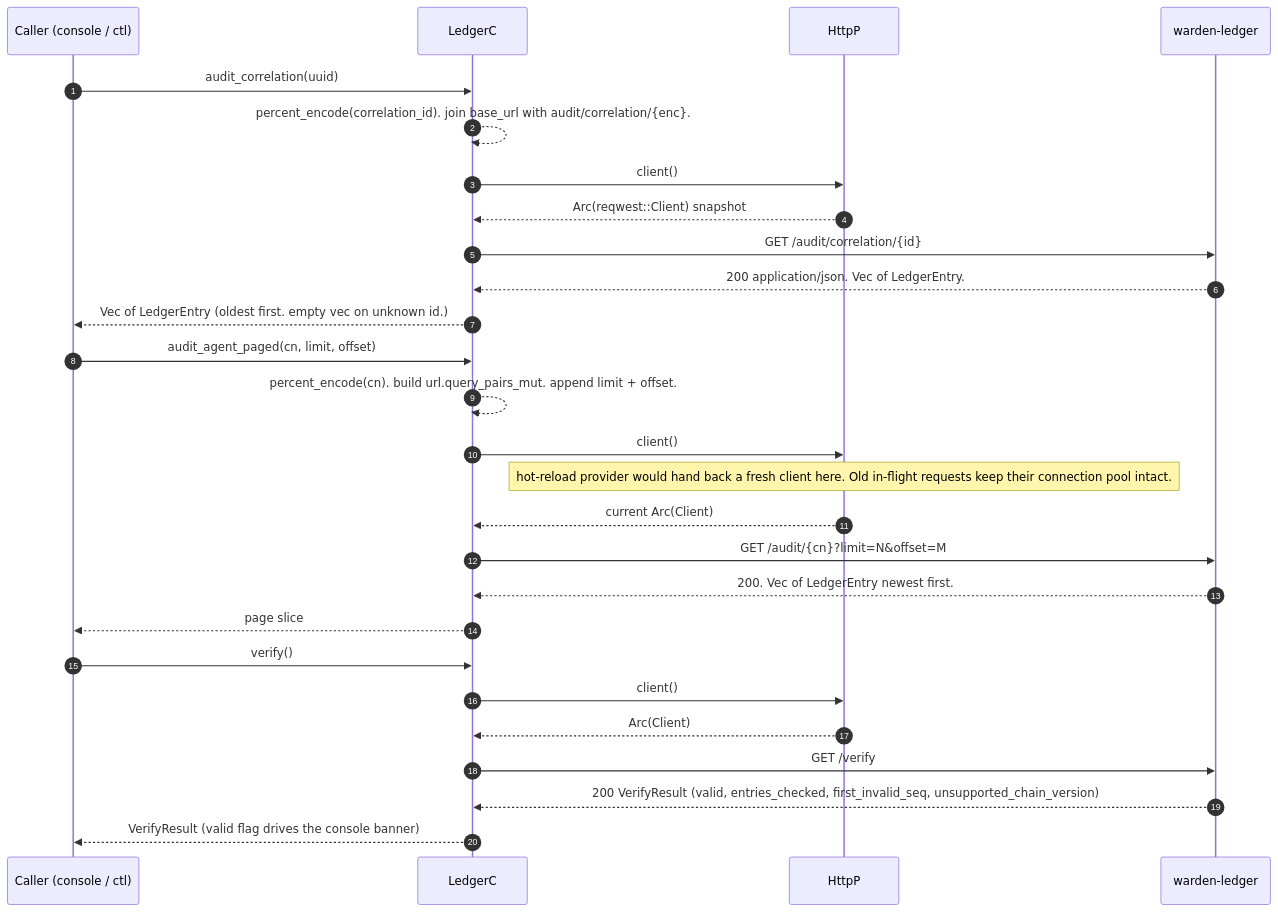
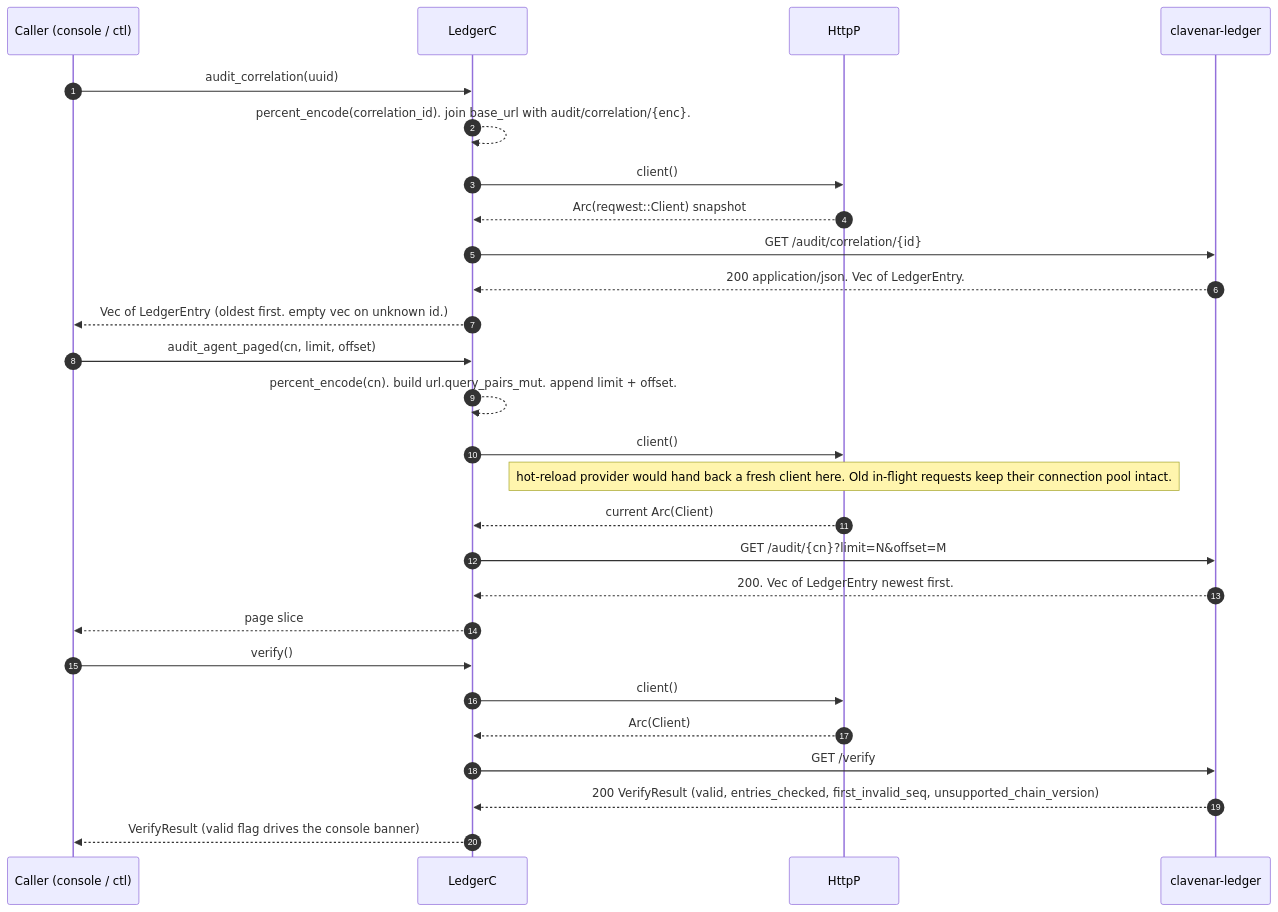
Before and after one commit to clavenar/clavenar-sdk: the second of 6 diagrams in docs/SEQUENCES.md, drawn with Mermaid. The commit also changed other lines of this file and 16 other files, not shown here.

First line of the commit message:
rename product Agent Warden → Clavenar

````diff
--- a/docs/SEQUENCES.md
+++ b/docs/SEQUENCES.md
@@ -119,32 +119,32 @@
 ```mermaid
 sequenceDiagram
     autonumber
     participant Caller as Caller (console / ctl)
     participant LedgerC
     participant HttpP
-    participant Ledger as warden-ledger
+    participant Ledger as clavenar-ledger
 
     Caller->>LedgerC: audit_correlation(uuid)
     LedgerC-->>LedgerC: percent_encode(correlation_id). join base_url with audit/correlation/{enc}.
     LedgerC->>HttpP: client()
     HttpP-->>LedgerC: Arc(reqwest::Client) snapshot
     LedgerC->>Ledger: GET /audit/correlation/{id}
     Ledger-->>LedgerC: 200 application/json. Vec of LedgerEntry.
     LedgerC-->>Caller: Vec of LedgerEntry (oldest first. empty vec on unknown id.)
 
     Caller->>LedgerC: audit_agent_paged(cn, limit, offset)
     LedgerC-->>LedgerC: percent_encode(cn). build url.query_pairs_mut. append limit + offset.
     LedgerC->>HttpP: client()
     Note over HttpP: hot-reload provider would hand back a fresh client here. Old in-flight requests keep their connection pool intact.
     HttpP-->>LedgerC: current Arc(Client)
     LedgerC->>Ledger: GET /audit/{cn}?limit=N&offset=M
     Ledger-->>LedgerC: 200. Vec of LedgerEntry newest first.
     LedgerC-->>Caller: page slice
 
     Caller->>LedgerC: verify()
     LedgerC->>HttpP: client()
     HttpP-->>LedgerC: Arc(Client)
     LedgerC->>Ledger: GET /verify
     Ledger-->>LedgerC: 200 VerifyResult (valid, entries_checked, first_invalid_seq, unsupported_chain_version)
     LedgerC-->>Caller: VerifyResult (valid flag drives the console banner)
 ```
````
